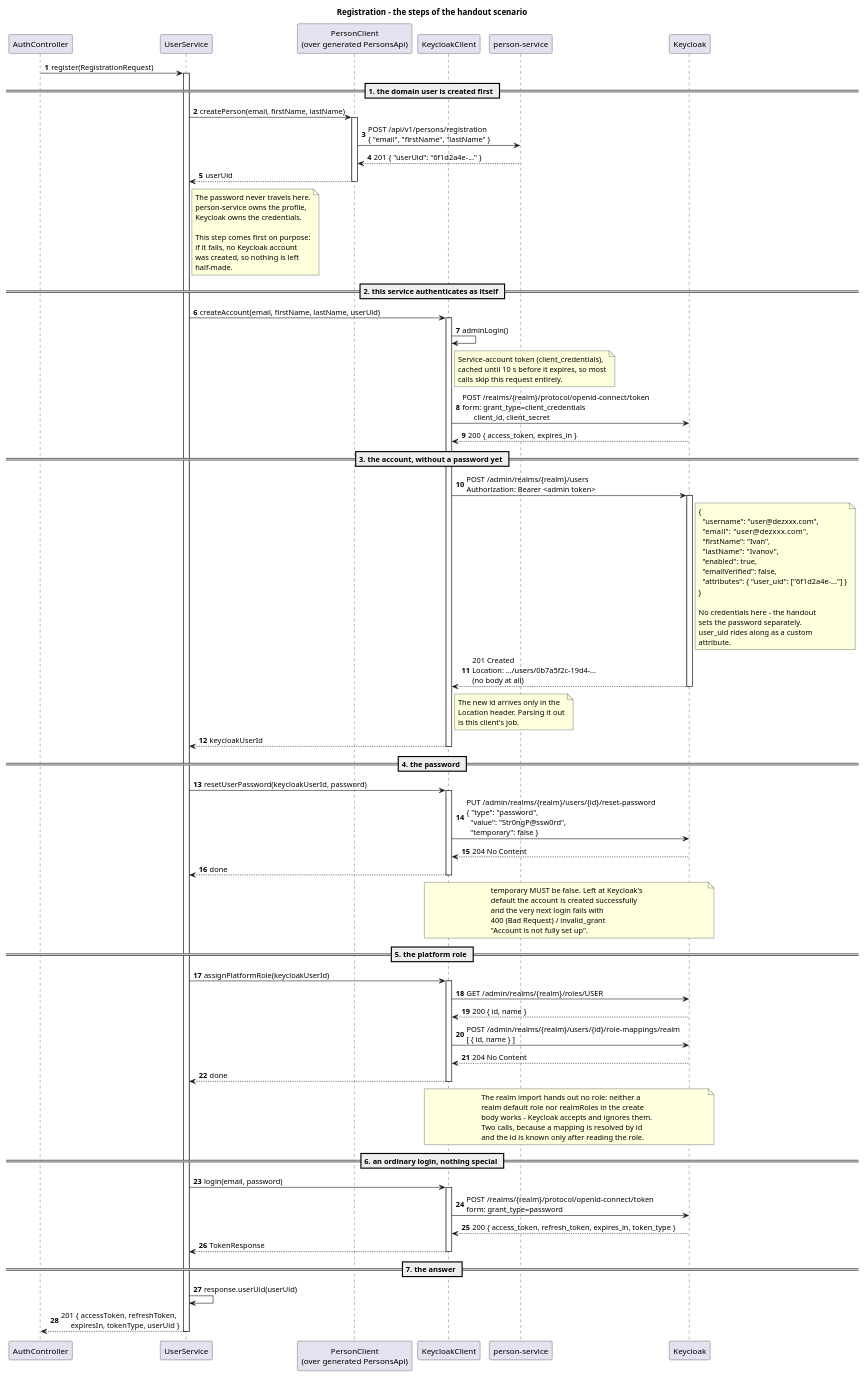
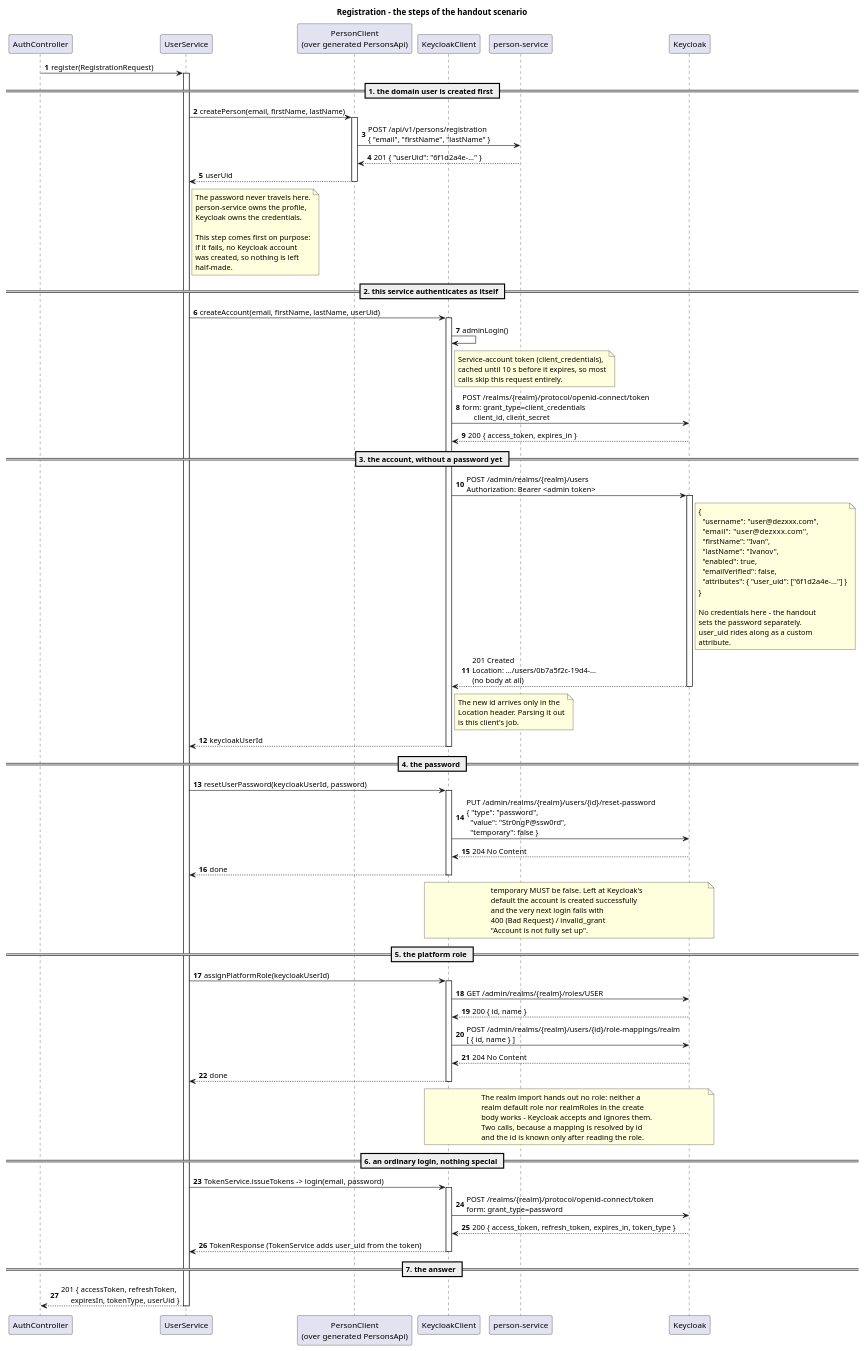
Before and after one commit to dezxxx/payment-platform: the first of 4 diagrams in docs/puml-diagrams/keycloak-client.puml, drawn with PlantUML. The commit also changed other lines of this file and 21 other files, not shown here.

First line of the commit message:
feat: name every scenario step as a span and issue tokens through TokenService

```diff
--- a/docs/puml-diagrams/keycloak-client.puml
+++ b/docs/puml-diagrams/keycloak-client.puml
@@ -1,134 +1,133 @@
 @startuml keycloak-registration
 title Registration - the steps of the handout scenario
 
 autonumber
 skinparam shadowing false
 
 participant "AuthController" as Ctl
 participant "UserService" as Svc
 participant "PersonClient\n(over generated PersonsApi)" as Person
 participant "KeycloakClient" as Kcl
 participant "person-service" as Ps
 participant "Keycloak" as Kc
 
 Ctl -> Svc : register(RegistrationRequest)
 activate Svc
 
 == 1. the domain user is created first ==
 
 Svc -> Person : createPerson(email, firstName, lastName)
 activate Person
 Person -> Ps : POST /api/v1/persons/registration\n{ "email", "firstName", "lastName" }
 Ps --> Person : 201 { "userUid": "6f1d2a4e-..." }
 Person --> Svc : userUid
 deactivate Person
 
 note right of Svc
   The password never travels here.
   person-service owns the profile,
   Keycloak owns the credentials.
 
   This step comes first on purpose:
   if it fails, no Keycloak account
   was created, so nothing is left
   half-made.
 end note
 
 == 2. this service authenticates as itself ==
 
 Svc -> Kcl : createAccount(email, firstName, lastName, userUid)
 activate Kcl
 
 Kcl -> Kcl : adminLogin()
 note right of Kcl
   Service-account token (client_credentials),
   cached until 10 s before it expires, so most
   calls skip this request entirely.
 end note
 Kcl -> Kc : POST /realms/{realm}/protocol/openid-connect/token\nform: grant_type=client_credentials\n      client_id, client_secret
 Kc --> Kcl : 200 { access_token, expires_in }
 
 == 3. the account, without a password yet ==
 
 Kcl -> Kc : POST /admin/realms/{realm}/users\nAuthorization: Bearer <admin token>
 activate Kc
 note right of Kc
   {
     "username": "user@dezxxx.com",
     "email":    "user@dezxxx.com",
     "firstName": "Ivan",
     "lastName":  "Ivanov",
     "enabled": true,
     "emailVerified": false,
     "attributes": { "user_uid": ["6f1d2a4e-..."] }
   }
 
   No credentials here - the handout
   sets the password separately.
   user_uid rides along as a custom
   attribute.
 end note
 Kc --> Kcl : 201 Created\nLocation: .../users/0b7a5f2c-19d4-...\n(no body at all)
 deactivate Kc
 
 note right of Kcl
   The new id arrives only in the
   Location header. Parsing it out
   is this client's job.
 end note
 
 Kcl --> Svc : keycloakUserId
 deactivate Kcl
 
 == 4. the password ==
 
 Svc -> Kcl : resetUserPassword(keycloakUserId, password)
 activate Kcl
 Kcl -> Kc : PUT /admin/realms/{realm}/users/{id}/reset-password\n{ "type": "password",\n  "value": "Str0ngP@ssw0rd",\n  "temporary": false }
 Kc --> Kcl : 204 No Content
 Kcl --> Svc : done
 deactivate Kcl
 
 note over Kcl, Kc
   temporary MUST be false. Left at Keycloak's
   default the account is created successfully
   and the very next login fails with
   400 (Bad Request) / invalid_grant
   "Account is not fully set up".
 end note
 
 == 5. the platform role ==
 
 Svc -> Kcl : assignPlatformRole(keycloakUserId)
 activate Kcl
 Kcl -> Kc : GET /admin/realms/{realm}/roles/USER
 Kc --> Kcl : 200 { id, name }
 Kcl -> Kc : POST /admin/realms/{realm}/users/{id}/role-mappings/realm\n[ { id, name } ]
 Kc --> Kcl : 204 No Content
 Kcl --> Svc : done
 deactivate Kcl
 
 note over Kcl, Kc
   The realm import hands out no role: neither a
   realm default role nor realmRoles in the create
   body works - Keycloak accepts and ignores them.
   Two calls, because a mapping is resolved by id
   and the id is known only after reading the role.
 end note
 
 == 6. an ordinary login, nothing special ==
 
-Svc -> Kcl : login(email, password)
+Svc -> Kcl : TokenService.issueTokens -> login(email, password)
 activate Kcl
 Kcl -> Kc : POST /realms/{realm}/protocol/openid-connect/token\nform: grant_type=password
 Kc --> Kcl : 200 { access_token, refresh_token, expires_in, token_type }
-Kcl --> Svc : TokenResponse
+Kcl --> Svc : TokenResponse (TokenService adds user_uid from the token)
 deactivate Kcl
 
 == 7. the answer ==
 
-Svc -> Svc : response.userUid(userUid)
 Svc --> Ctl : 201 { accessToken, refreshToken,\n     expiresIn, tokenType, userUid }
 deactivate Svc
 
 @enduml
```
